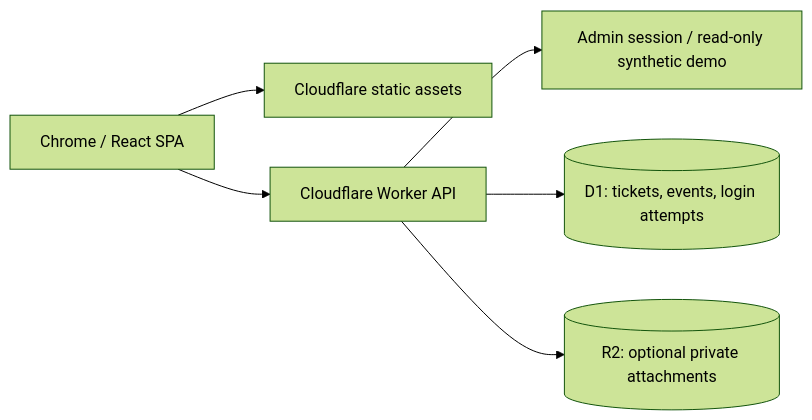
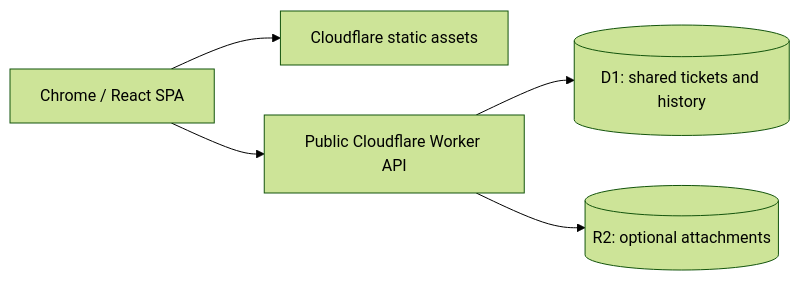
Before and after one commit to billytama/digital-ticket-portal: the diagram in README.md, drawn with Mermaid (forest theme). The commit also changed other lines of this file and 15 other files, not shown here.

````diff
--- a/README.md
+++ b/README.md
@@ -24,8 +24,7 @@
 ```mermaid
 flowchart LR
   Browser[Chrome / React SPA] --> Assets[Cloudflare static assets]
-  Browser --> API[Cloudflare Worker API]
-  API --> Auth[Admin session / read-only synthetic demo]
-  API --> D1[(D1: tickets, events, login attempts)]
-  API --> R2[(R2: optional private attachments)]
+  Browser --> API[Public Cloudflare Worker API]
+  API --> D1[(D1: shared tickets and history)]
+  API --> R2[(R2: optional attachments)]
 ```
````
